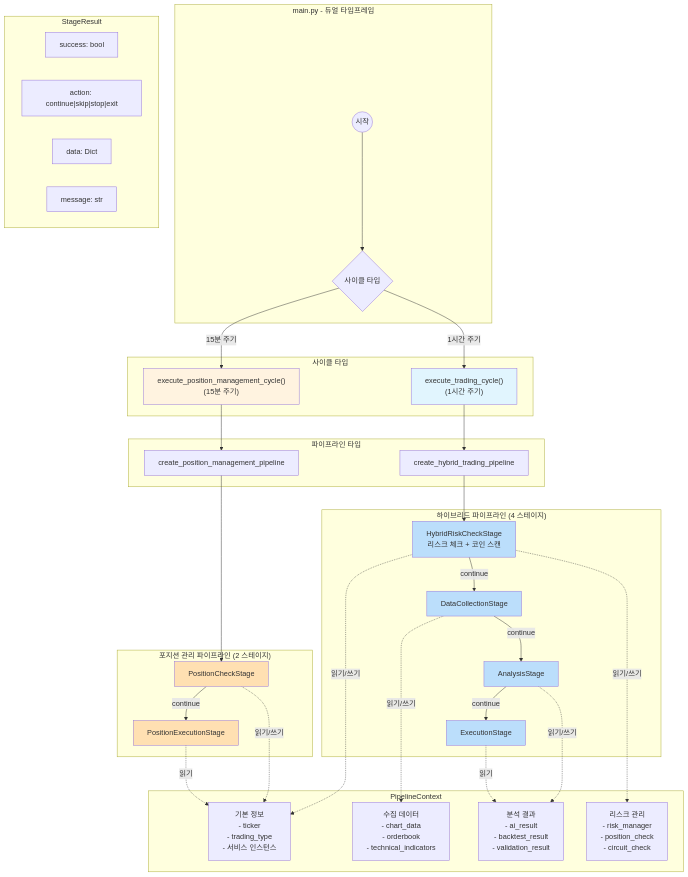
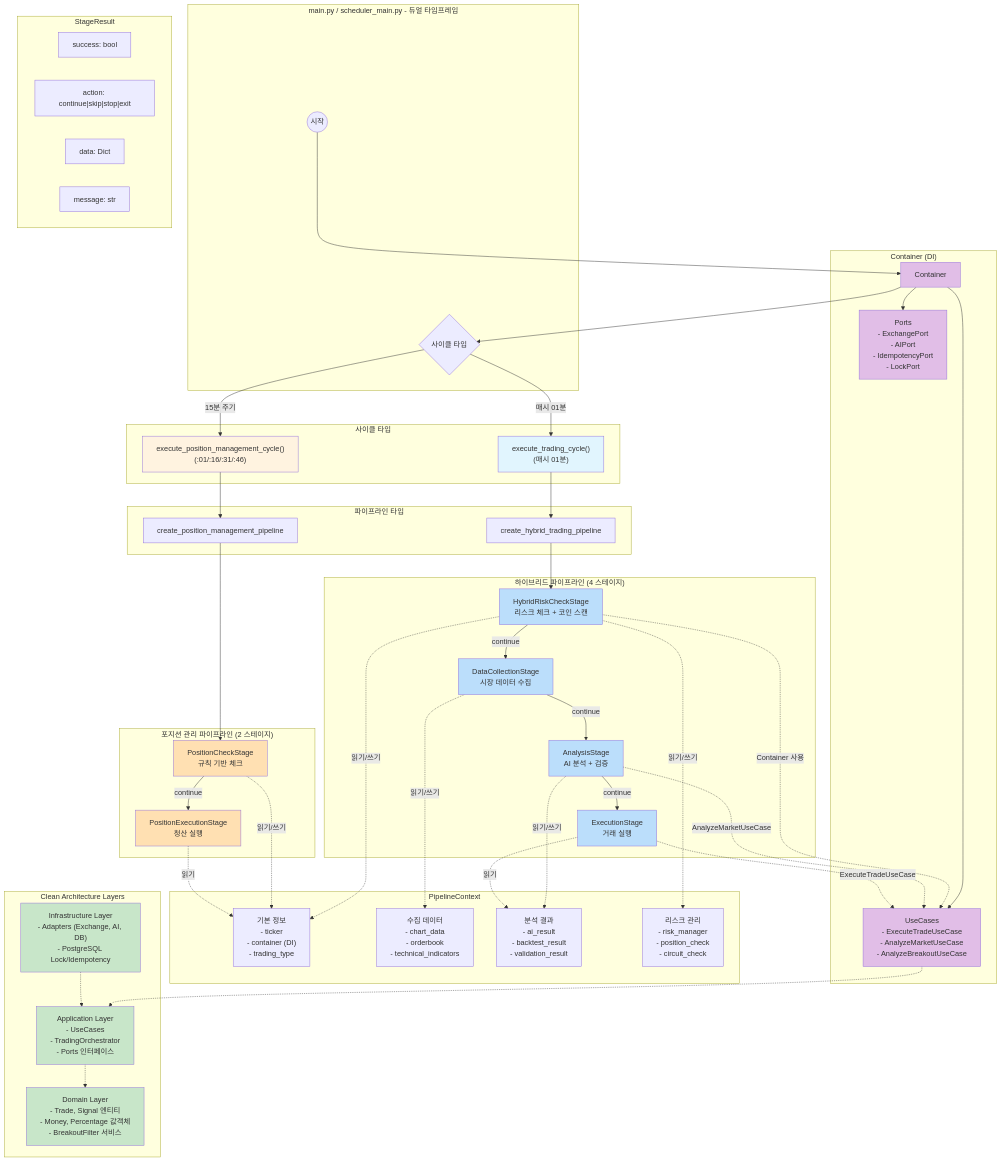
The diagram in docs/diagrams/07-pipeline-architecture.mmd (myselios/dg_bot), drawn with Mermaid before and after one commit. The commit also changed 13 other files, not shown here.

First line of the commit message:
docs: 문서 및 다이어그램 현재 코드 기준으로 전체 업데이트

```diff
--- a/docs/diagrams/07-pipeline-architecture.mmd
+++ b/docs/diagrams/07-pipeline-architecture.mmd
@@ -1,75 +1,107 @@
 flowchart TB
-    subgraph Main["main.py - 듀얼 타임프레임"]
+    subgraph Main["main.py / scheduler_main.py - 듀얼 타임프레임"]
         START((시작))
         SELECT{사이클 타입}
     end
 
+    subgraph Container["Container (DI)"]
+        DI_CONTAINER[Container]
+        DI_PORTS["Ports<br/>- ExchangePort<br/>- AIPort<br/>- IdempotencyPort<br/>- LockPort"]
+        DI_USECASES["UseCases<br/>- ExecuteTradeUseCase<br/>- AnalyzeMarketUseCase<br/>- AnalyzeBreakoutUseCase"]
+    end
+
     subgraph Cycles["사이클 타입"]
-        TRADING["execute_trading_cycle()<br/>(1시간 주기)"]
-        POSITION["execute_position_management_cycle()<br/>(15분 주기)"]
+        TRADING["execute_trading_cycle()<br/>(매시 01분)"]
+        POSITION["execute_position_management_cycle()<br/>(:01/:16/:31/:46)"]
     end
 
     subgraph Pipelines["파이프라인 타입"]
         HYBRID[create_hybrid_trading_pipeline]
         POSMGMT[create_position_management_pipeline]
     end
 
     subgraph HybridPipeline["하이브리드 파이프라인 (4 스테이지)"]
         H1[HybridRiskCheckStage<br/>리스크 체크 + 코인 스캔]
-        H2[DataCollectionStage]
-        H3[AnalysisStage]
-        H4[ExecutionStage]
+        H2[DataCollectionStage<br/>시장 데이터 수집]
+        H3[AnalysisStage<br/>AI 분석 + 검증]
+        H4[ExecutionStage<br/>거래 실행]
     end
 
     subgraph PositionPipeline["포지션 관리 파이프라인 (2 스테이지)"]
-        P1[PositionCheckStage]
-        P2[PositionExecutionStage]
+        P1[PositionCheckStage<br/>규칙 기반 체크]
+        P2[PositionExecutionStage<br/>청산 실행]
     end
 
     subgraph Context["PipelineContext"]
-        CTX_BASE["기본 정보<br/>- ticker<br/>- trading_type<br/>- 서비스 인스턴스"]
+        CTX_BASE["기본 정보<br/>- ticker<br/>- container (DI)<br/>- trading_type"]
         CTX_DATA["수집 데이터<br/>- chart_data<br/>- orderbook<br/>- technical_indicators"]
         CTX_ANALYSIS["분석 결과<br/>- ai_result<br/>- backtest_result<br/>- validation_result"]
         CTX_RISK["리스크 관리<br/>- risk_manager<br/>- position_check<br/>- circuit_check"]
     end
 
     subgraph StageResult["StageResult"]
         SR_SUCCESS["success: bool"]
         SR_ACTION["action: continue|skip|stop|exit"]
         SR_DATA["data: Dict"]
         SR_MESSAGE["message: str"]
     end
 
-    START --> SELECT
-    SELECT -->|1시간 주기| TRADING
+    subgraph CleanArch["Clean Architecture Layers"]
+        DOMAIN["Domain Layer<br/>- Trade, Signal 엔티티<br/>- Money, Percentage 값객체<br/>- BreakoutFilter 서비스"]
+        APP["Application Layer<br/>- UseCases<br/>- TradingOrchestrator<br/>- Ports 인터페이스"]
+        INFRA["Infrastructure Layer<br/>- Adapters (Exchange, AI, DB)<br/>- PostgreSQL Lock/Idempotency"]
+    end
+
+    START --> DI_CONTAINER
+    DI_CONTAINER --> DI_PORTS
+    DI_CONTAINER --> DI_USECASES
+    DI_CONTAINER --> SELECT
+
+    SELECT -->|매시 01분| TRADING
     SELECT -->|15분 주기| POSITION
 
     TRADING --> HYBRID
     POSITION --> POSMGMT
 
     HYBRID --> H1
     H1 -->|continue| H2
     H2 -->|continue| H3
     H3 -->|continue| H4
 
     POSMGMT --> P1
     P1 -->|continue| P2
 
+    H1 -.->|Container 사용| DI_USECASES
+    H3 -.->|AnalyzeMarketUseCase| DI_USECASES
+    H4 -.->|ExecuteTradeUseCase| DI_USECASES
+
     H1 -.->|읽기/쓰기| CTX_BASE
     H1 -.->|읽기/쓰기| CTX_RISK
     H2 -.->|읽기/쓰기| CTX_DATA
     H3 -.->|읽기/쓰기| CTX_ANALYSIS
     H4 -.->|읽기| CTX_ANALYSIS
 
     P1 -.->|읽기/쓰기| CTX_BASE
     P2 -.->|읽기| CTX_BASE
+
+    DI_USECASES -.-> APP
+    APP -.-> DOMAIN
+    INFRA -.-> APP
 
     style TRADING fill:#e1f5fe
     style POSITION fill:#fff3e0
 
     style H1 fill:#bbdefb
     style H2 fill:#bbdefb
     style H3 fill:#bbdefb
     style H4 fill:#bbdefb
     style P1 fill:#ffe0b2
     style P2 fill:#ffe0b2
+
+    style DOMAIN fill:#c8e6c9
+    style APP fill:#c8e6c9
+    style INFRA fill:#c8e6c9
+
+    style DI_CONTAINER fill:#e1bee7
+    style DI_PORTS fill:#e1bee7
+    style DI_USECASES fill:#e1bee7
```
